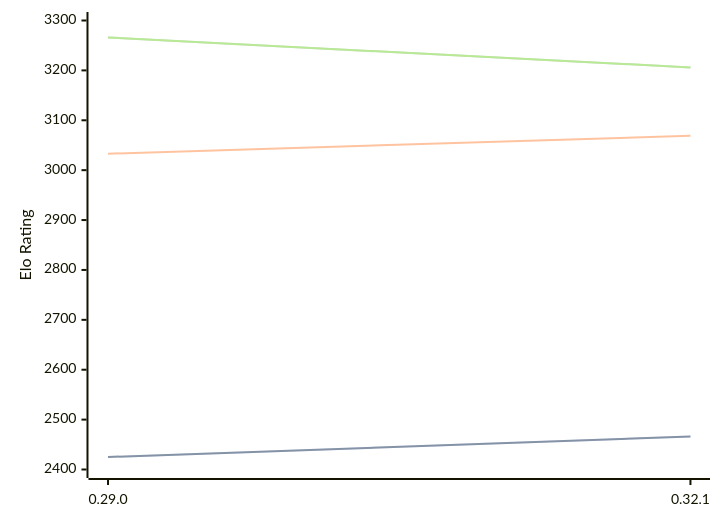
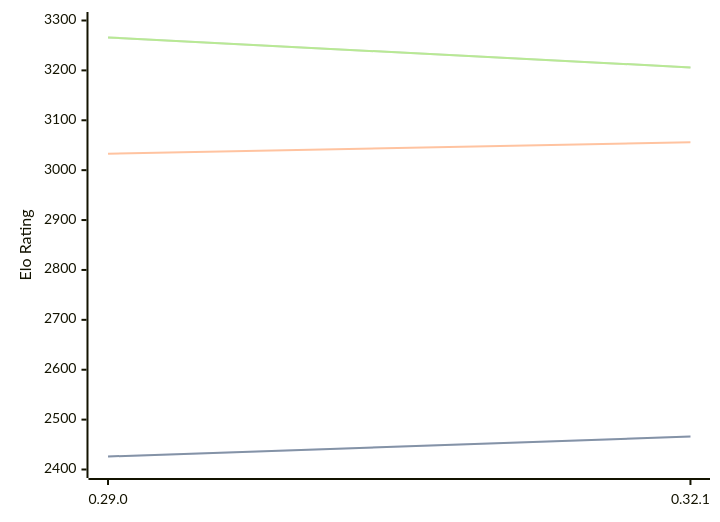
The diagram in engines/Lc0.md (computer-chess-index/cci), drawn with Mermaid before and after one commit. The commit also changed other lines of this file, not shown here.

Commit message:
Update CCI Ratings (ELO VLTC) - 2026-03-14

````diff
--- a/engines/Lc0.md
+++ b/engines/Lc0.md
@@ -66,11 +66,11 @@
 ```mermaid
 %%{init: {"theme":"base","themeVariables":{"seriesColors:['#a3a3a3','#222221','#faa371']}}}%%
 xychart-beta
   x-axis ["0.29.0", "0.32.1"]
   y-axis "Elo Rating" 2400 --> 3300
-  line "STC (8.0+0.08s)" [2425, 2466]
-  line "STC (8.0+0.08s)" [2425, 2466]
-  line "LTC (60.0+0.60s)" [3033, 3069]
+  line "STC (8.0+0.08s)" [2426, 2466]
+  line "STC (8.0+0.08s)" [2426, 2466]
+  line "LTC (60.0+0.60s)" [3033, 3056]
   line "VLTC (2m24s+1.12s)" [3266, 3206]
   line "VLTC (2m24s+1.12s)" [3266, 3206]
 ```
````
